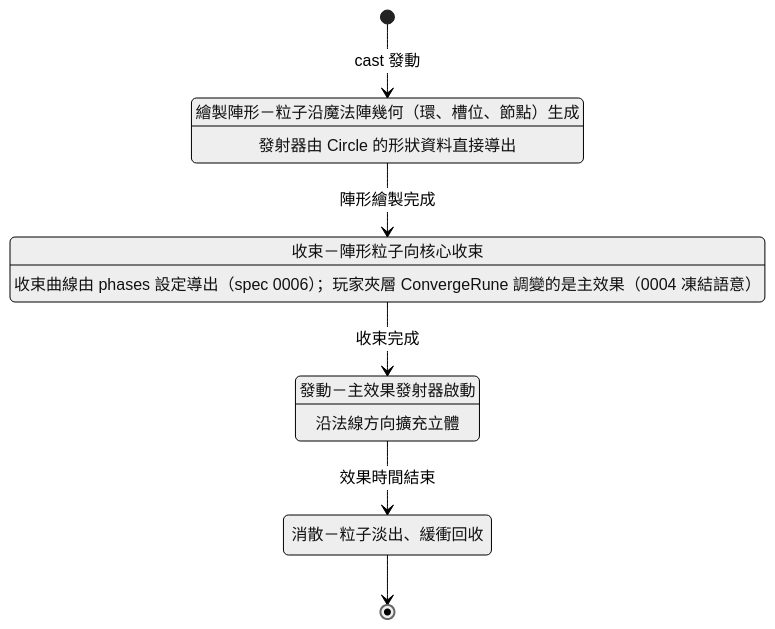
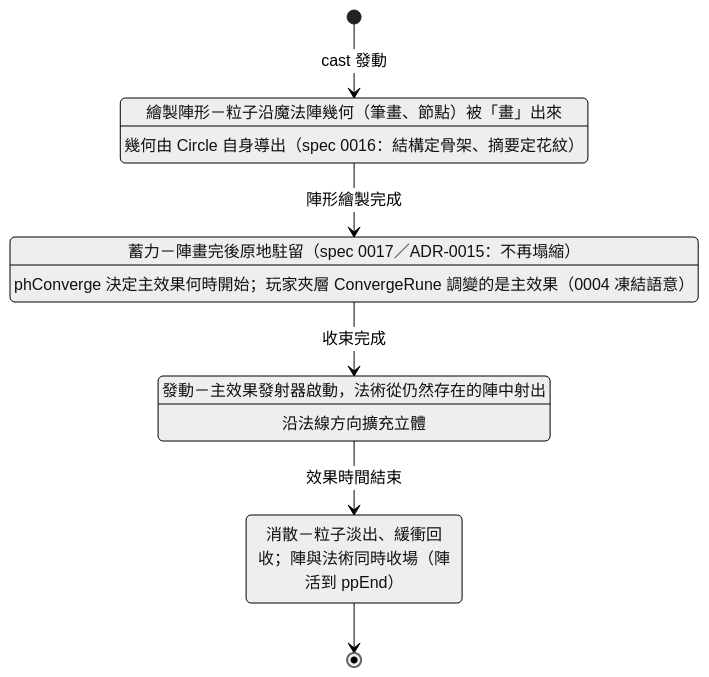
The fourth of 4 diagrams in docs/architecture.md (utomore/particle-magic-system), drawn with Mermaid (neutral theme) before and after one commit. The commit also changed other lines of this file and 20 other files, not shown here.

````diff
--- a/docs/architecture.md
+++ b/docs/architecture.md
@@ -141,16 +141,16 @@
 ```mermaid
 stateDiagram-v2
     [*] --> Drawing : cast 發動
     Drawing --> Converging : 陣形繪製完成
     Converging --> Casting : 收束完成
     Casting --> Dissipating : 效果時間結束
     Dissipating --> [*]
 
-    Drawing : 繪製陣形－粒子沿魔法陣幾何（環、槽位、節點）生成
-    Drawing : 發射器由 Circle 的形狀資料直接導出
-    Converging : 收束－陣形粒子向核心收束
-    Converging : 收束曲線由 phases 設定導出（spec 0006）；玩家夾層 ConvergeRune 調變的是主效果（0004 凍結語意）
-    Casting : 發動－主效果發射器啟動
+    Drawing : 繪製陣形－粒子沿魔法陣幾何（筆畫、節點）被「畫」出來
+    Drawing : 幾何由 Circle 自身導出（spec 0016：結構定骨架、摘要定花紋）
+    Converging : 蓄力－陣畫完後原地駐留（spec 0017／ADR-0015：不再塌縮）
+    Converging : phConverge 決定主效果何時開始；玩家夾層 ConvergeRune 調變的是主效果（0004 凍結語意）
+    Casting : 發動－主效果發射器啟動，法術從仍然存在的陣中射出
     Casting : 沿法線方向擴充立體
-    Dissipating : 消散－粒子淡出、緩衝回收
+    Dissipating : 消散－粒子淡出、緩衝回收；陣與法術同時收場（陣活到 ppEnd）
 ```
````
